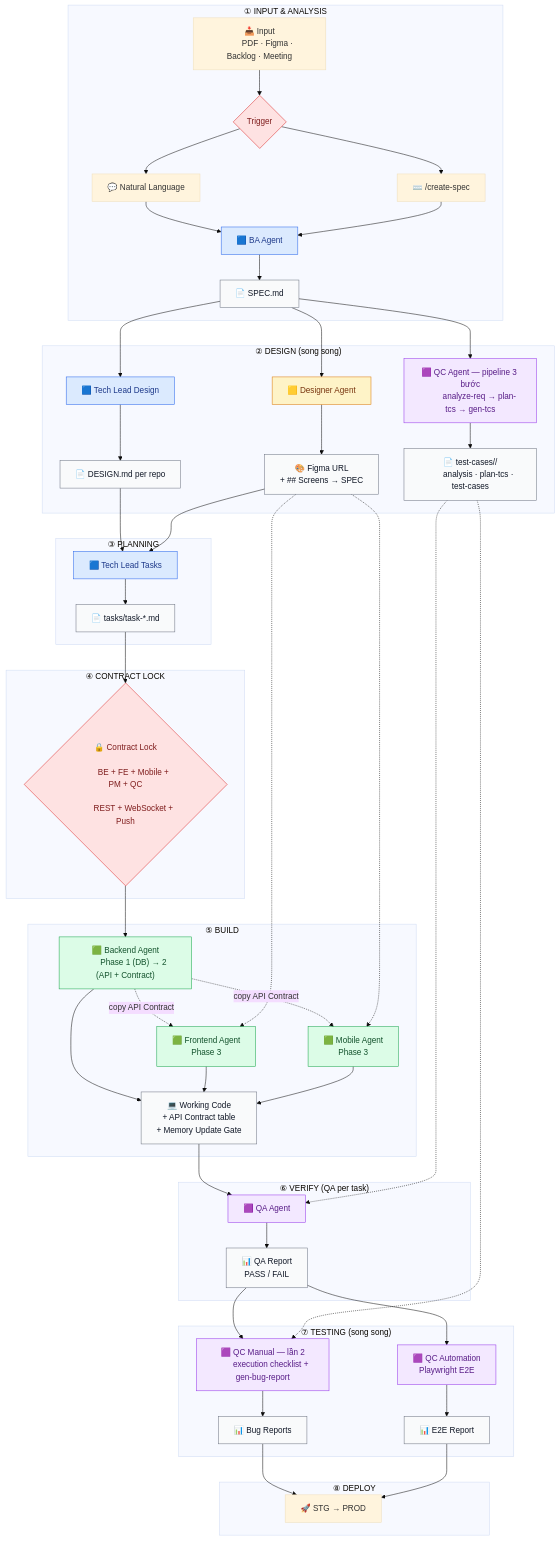
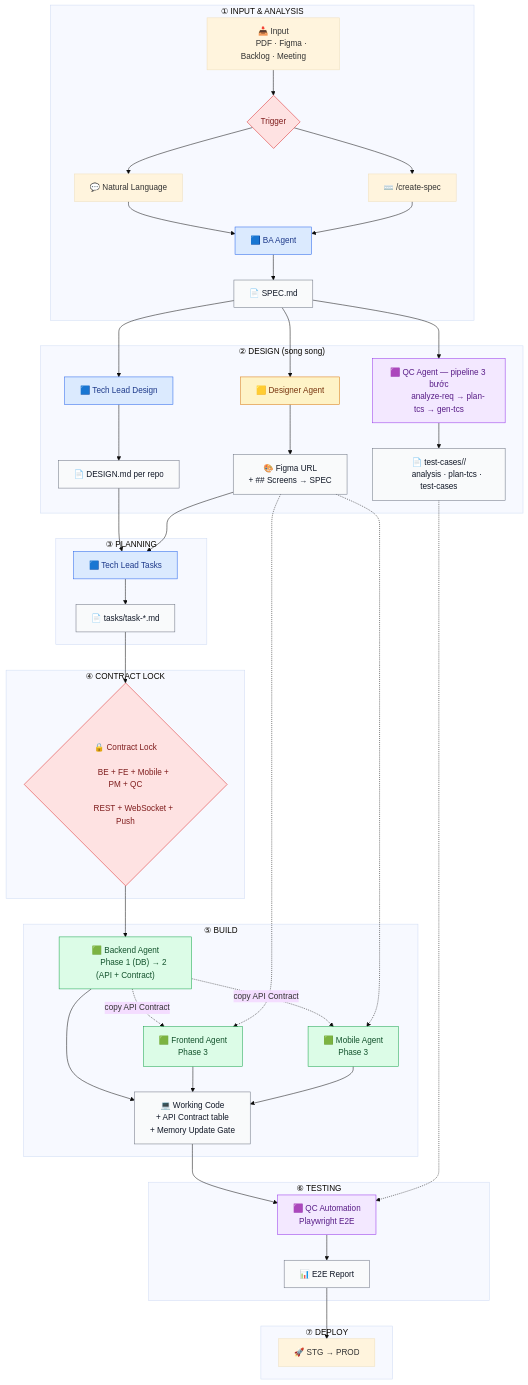
One commit to dipro-vn/dipro-ai-boost changed the diagram in project-ai-kit/README.md. Above: the diagram before and after it, drawn with Mermaid (base theme). The commit also changed other lines of this file and 61 other files, not shown here.

First line of the commit message:
feat(orchestrator): bỏ node QA/QC-execution, tái dùng design Figma cho stage Build

````diff
--- a/project-ai-kit/README.md
+++ b/project-ai-kit/README.md
@@ -300,54 +300,29 @@
 
     %% ===== STAGE 6 =====
 
-    subgraph S6["⑥ VERIFY (QA per task)"]
+    subgraph S6["⑥ TESTING"]
 
-        QA["🟪 QA Agent"]
+        AUTO["🟪 QC Automation
+        Playwright E2E"]
 
-        REPORT["📊 QA Report
-        PASS / FAIL"]
+        E2E["📊 E2E Report"]
 
-        CODE --> QA
+        CODE --> AUTO
 
-        TC -.-> QA
+        TC -.-> AUTO
 
-        QA --> REPORT
+        AUTO --> E2E
 
     end
 
     %% ===== STAGE 7 =====
 
-    subgraph S7["⑦ TESTING (song song)"]
-
-        MANUAL["🟪 QC Manual — lần 2
-        execution checklist + gen-bug-report"]
-
-        AUTO["🟪 QC Automation
-        Playwright E2E"]
-
-        BUG["📊 Bug Reports"]
-
-        E2E["📊 E2E Report"]
-
-        REPORT --> MANUAL
-        REPORT --> AUTO
-
-        TC -.-> MANUAL
-
-        MANUAL --> BUG
-        AUTO --> E2E
-
-    end
-
-    %% ===== STAGE 8 =====
-
-    subgraph S8["⑧ DEPLOY"]
+    subgraph S7["⑦ DEPLOY"]
 
         DEPLOY["🚀 STG → PROD"]
 
     end
 
-    BUG --> DEPLOY
     E2E --> DEPLOY
 
 
@@ -362,10 +337,10 @@
 
     class BA,TLD,TASK ba
     class BE,FE,MOB dev
-    class QCPIPE,QA,MANUAL,AUTO qa
+    class QCPIPE,AUTO qa
     class DES design
 
-    class SPEC,DESIGN,FIGMA,TC,TASKDOC,CODE,REPORT,BUG,E2E artifact
+    class SPEC,DESIGN,FIGMA,TC,TASKDOC,CODE,E2E artifact
 
     class TRIGGER,LOCK gate
 ```
````
